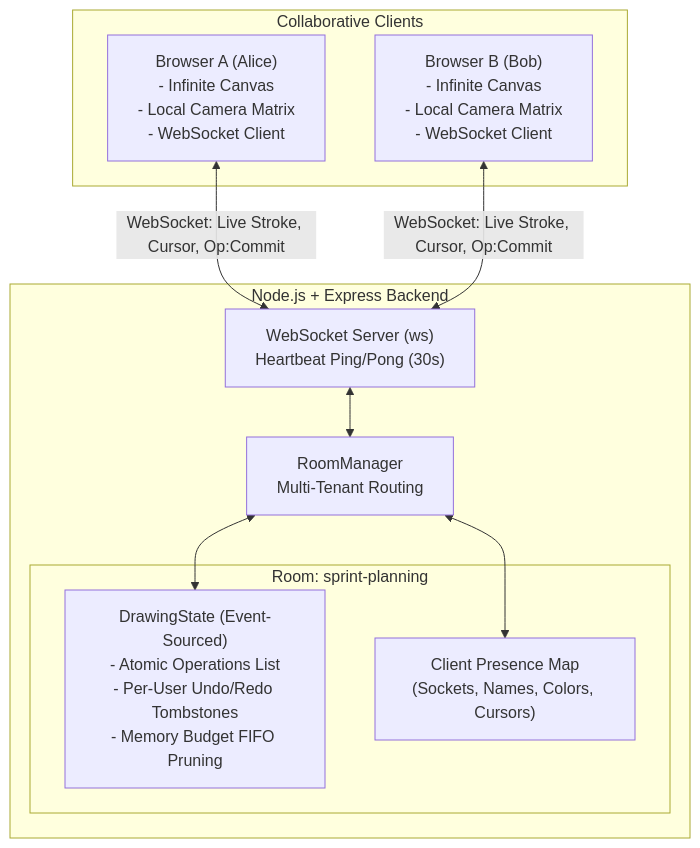
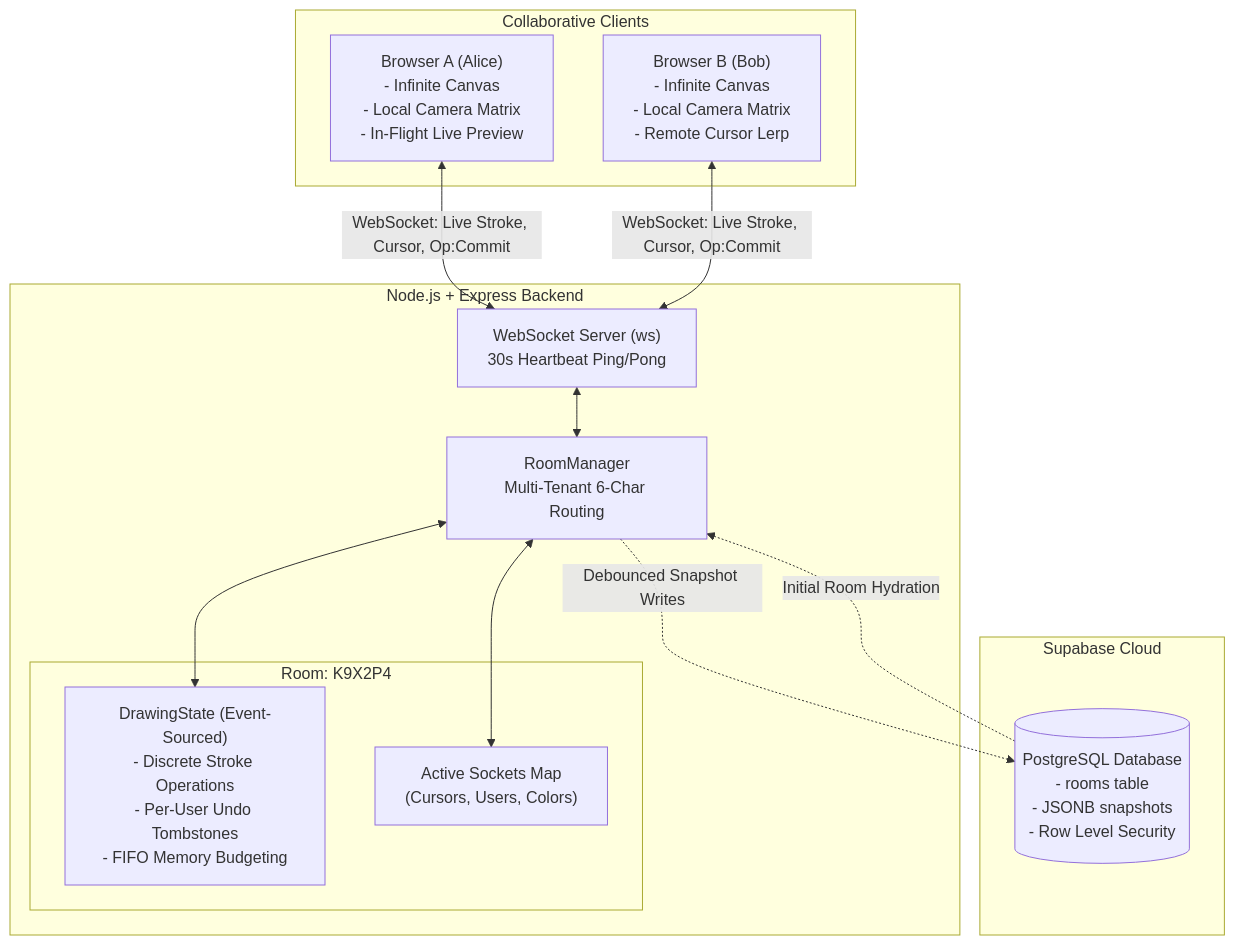
Before and after one commit to ShubhPatel78/Scribble: the diagram in README.md, drawn with Mermaid. The commit also changed other lines of this file and 13 other files, not shown here.

Commit message:
feat: integrate Supabase persistence, 6-character room codes, Render deployment blueprint & executive README

````diff
--- a/README.md
+++ b/README.md
@@ -26,23 +38,29 @@
 ```mermaid
 flowchart TD
     subgraph Clients["Collaborative Clients"]
-        ClientA["Browser A (Alice)<br/>- Infinite Canvas<br/>- Local Camera Matrix<br/>- WebSocket Client"]
-        ClientB["Browser B (Bob)<br/>- Infinite Canvas<br/>- Local Camera Matrix<br/>- WebSocket Client"]
+        ClientA["Browser A (Alice)<br/>- Infinite Canvas<br/>- Local Camera Matrix<br/>- In-Flight Live Preview"]
+        ClientB["Browser B (Bob)<br/>- Infinite Canvas<br/>- Local Camera Matrix<br/>- Remote Cursor Lerp"]
     end
 
-    subgraph ServerNode["Node.js + Express Backend"]
-        WSS["WebSocket Server (ws)<br/>Heartbeat Ping/Pong (30s)"]
-        RM["RoomManager<br/>Multi-Tenant Routing"]
+    subgraph NodeServer["Node.js + Express Backend"]
+        WSS["WebSocket Server (ws)<br/>30s Heartbeat Ping/Pong"]
+        RM["RoomManager<br/>Multi-Tenant 6-Char Routing"]
         
-        subgraph RoomInstance["Room: sprint-planning"]
-            DS["DrawingState (Event-Sourced)<br/>- Atomic Operations List<br/>- Per-User Undo/Redo Tombstones<br/>- Memory Budget FIFO Pruning"]
-            ClientsMap["Client Presence Map<br/>(Sockets, Names, Colors, Cursors)"]
+        subgraph RoomInstance["Room: K9X2P4"]
+            DS["DrawingState (Event-Sourced)<br/>- Discrete Stroke Operations<br/>- Per-User Undo Tombstones<br/>- FIFO Memory Budgeting"]
+            ClientsMap["Active Sockets Map<br/>(Cursors, Users, Colors)"]
         end
+    end
+
+    subgraph SupabaseDB["Supabase Cloud"]
+        Postgres[("PostgreSQL Database<br/>- rooms table<br/>- JSONB snapshots<br/>- Row Level Security")]
     end
 
     ClientA <-->|WebSocket: Live Stroke, Cursor, Op:Commit| WSS
     ClientB <-->|WebSocket: Live Stroke, Cursor, Op:Commit| WSS
     WSS <--> RM
     RM <--> DS
     RM <--> ClientsMap
+    RM -.->|Debounced Snapshot Writes| Postgres
+    Postgres -.->|Initial Room Hydration| RM
 ```
````
